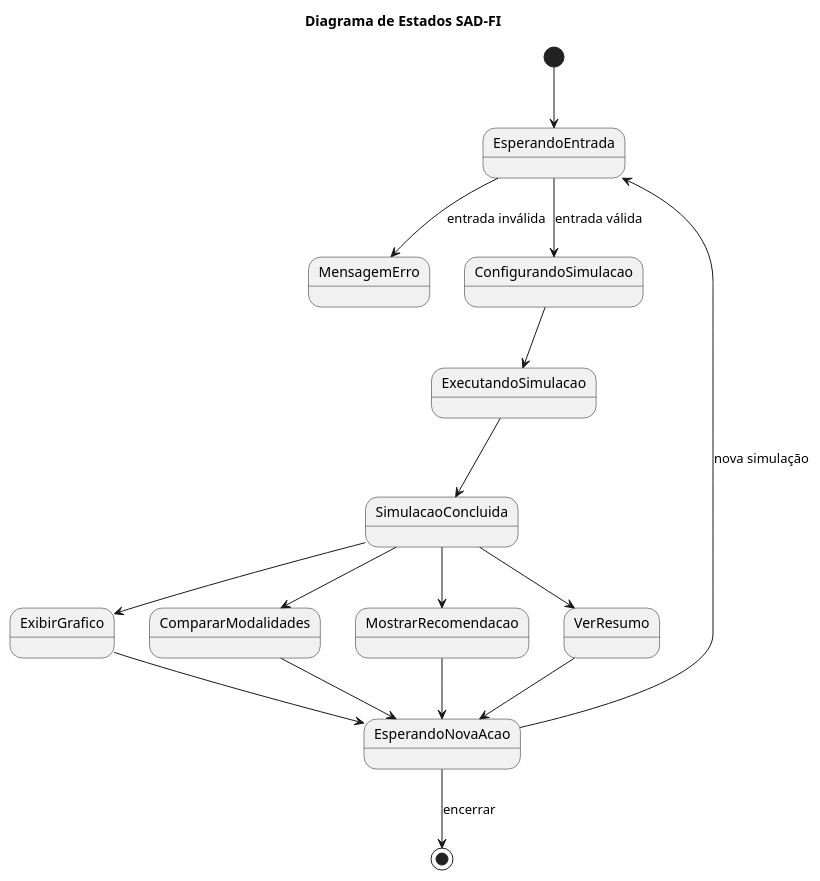
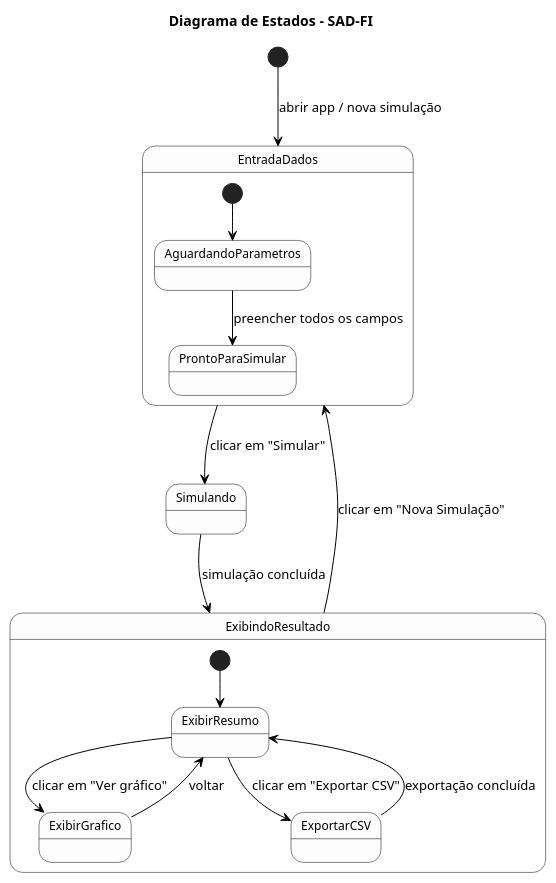
One commit to edinaldormj/SAD-FI changed the diagram in docs/estados.puml. Above: the diagram before and after it, drawn with PlantUML. The commit also changed 17 other files, not shown here.

```diff
--- a/docs/estados.puml
+++ b/docs/estados.puml
@@ -1,26 +1,34 @@
-@startuml 
-Title Diagrama de Estados SAD-FI
+@startuml estados_sad_fi
+title Diagrama de Estados – SAD-FI
 
-[*] --> EsperandoEntrada
+skinparam defaultFontName "Arial"
+skinparam state {
+  BackgroundColor #FDFDFD
+  BorderColor black
+  FontSize 12
+}
+skinparam ArrowColor Black
+skinparam Shadowing false
 
-EsperandoEntrada --> MensagemErro : entrada inválida
-EsperandoEntrada --> ConfigurandoSimulacao : entrada válida
+[*] --> EntradaDados : abrir app / nova simulação
 
-ConfigurandoSimulacao --> ExecutandoSimulacao
+state EntradaDados {
+  [*] --> AguardandoParametros
+  AguardandoParametros --> ProntoParaSimular : preencher todos os campos
+}
 
-ExecutandoSimulacao --> SimulacaoConcluida
+EntradaDados --> Simulando : clicar em "Simular"
 
-SimulacaoConcluida --> ExibirGrafico
-SimulacaoConcluida --> CompararModalidades
-SimulacaoConcluida --> MostrarRecomendacao
-SimulacaoConcluida --> VerResumo
+Simulando --> ExibindoResultado : simulação concluída
 
-ExibirGrafico --> EsperandoNovaAcao
-CompararModalidades --> EsperandoNovaAcao
-MostrarRecomendacao --> EsperandoNovaAcao
-VerResumo --> EsperandoNovaAcao
+state ExibindoResultado {
+  [*] --> ExibirResumo
+  ExibirResumo --> ExibirGrafico : clicar em "Ver gráfico"
+  ExibirResumo --> ExportarCSV : clicar em "Exportar CSV"
+  ExportarCSV --> ExibirResumo : exportação concluída
+  ExibirGrafico --> ExibirResumo : voltar
+}
 
-EsperandoNovaAcao --> EsperandoEntrada : nova simulação
-EsperandoNovaAcao --> [*] : encerrar
+ExibindoResultado --> EntradaDados : clicar em "Nova Simulação"
 
 @enduml
```
